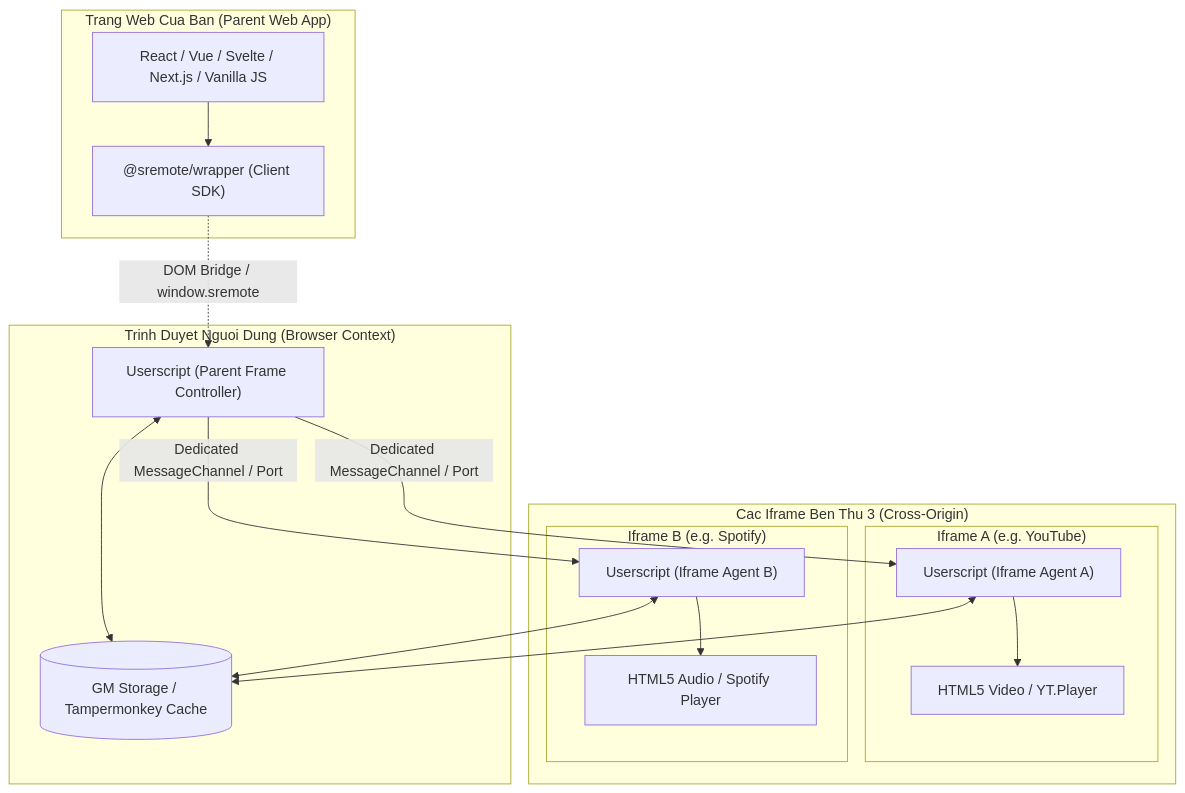
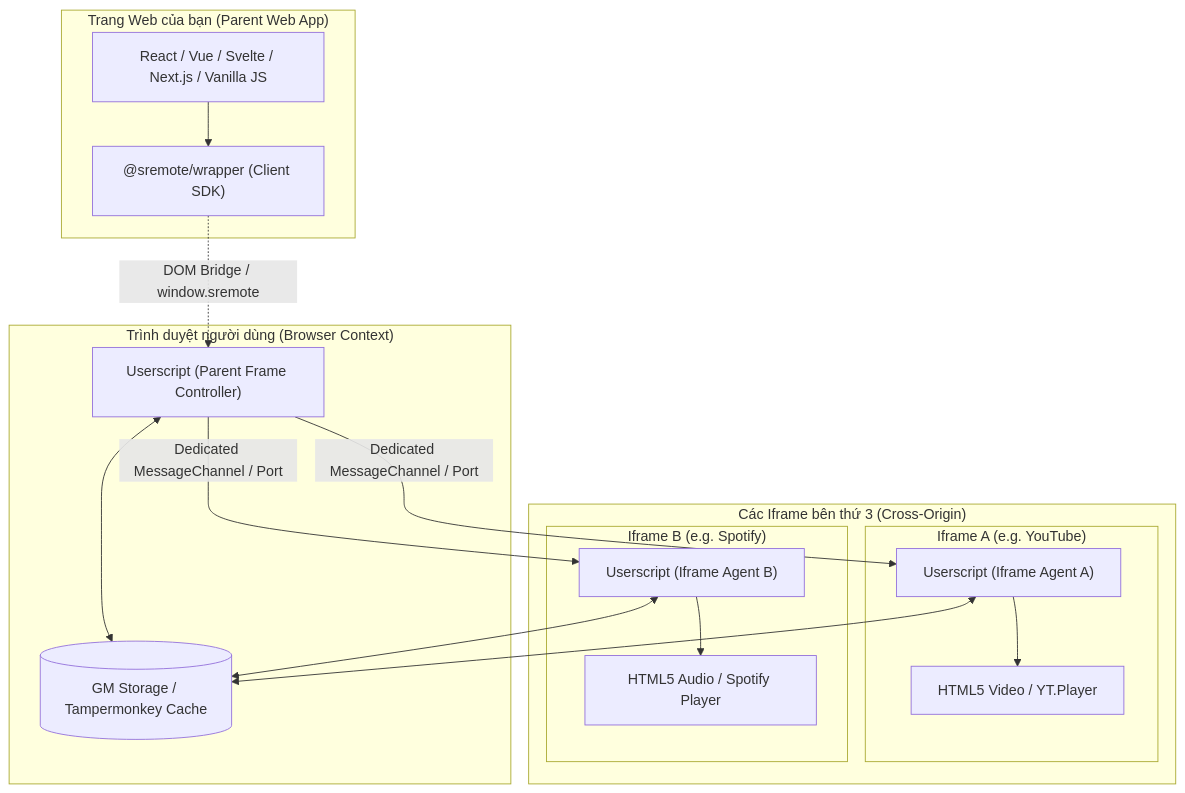
The diagram in docs/content/guides/vi/00-developer-overview.md (SweetSea-ButImNotSweet/sremote), drawn with Mermaid before and after one commit. The commit also changed other lines of this file and 9 other files, not shown here.

````diff
--- a/docs/content/guides/vi/00-developer-overview.md
+++ b/docs/content/guides/vi/00-developer-overview.md
@@ -28,33 +28,33 @@
 ```mermaid
 flowchart TD
-    subgraph ParentApp["Trang Web Cua Ban (Parent Web App)"]
+    subgraph ParentApp["Trang Web của bạn (Parent Web App)"]
         App["React / Vue / Svelte / Next.js / Vanilla JS"]
         Wrapper["@sremote/wrapper (Client SDK)"]
         App --> Wrapper
     end
 
-    subgraph BrowserContext["Trinh Duyet Nguoi Dung (Browser Context)"]
+    subgraph BrowserContext["Trình duyệt người dùng (Browser Context)"]
         UserscriptParent["Userscript (Parent Frame Controller)"]
         Wrapper -.->|DOM Bridge / window.sremote| UserscriptParent
         GMStorage[("GM Storage / Tampermonkey Cache")]
         UserscriptParent <--> GMStorage
     end
 
-    subgraph ThirdPartyIframes["Cac Iframe Ben Thu 3 (Cross-Origin)"]
+    subgraph ThirdPartyIframes["Các Iframe bên thứ 3 (Cross-Origin)"]
         subgraph IframeA["Iframe A (e.g. YouTube)"]
             AgentA["Userscript (Iframe Agent A)"]
             VideoA["HTML5 Video / YT.Player"]
             AgentA --> VideoA
         end
         subgraph IframeB["Iframe B (e.g. Spotify)"]
             AgentB["Userscript (Iframe Agent B)"]
             VideoB["HTML5 Audio / Spotify Player"]
             AgentB --> VideoB
         end
     end
 
     UserscriptParent -->|Dedicated MessageChannel / Port| AgentA
     UserscriptParent -->|Dedicated MessageChannel / Port| AgentB
     AgentA <--> GMStorage
     AgentB <--> GMStorage
 ```
````
